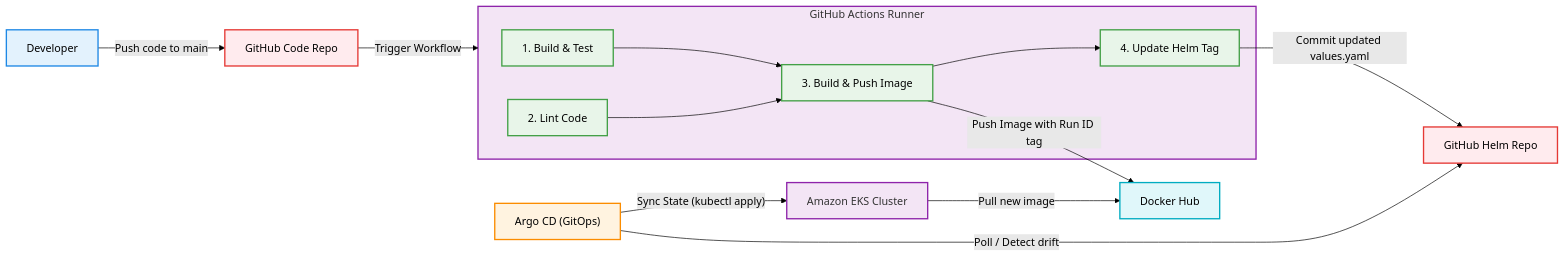
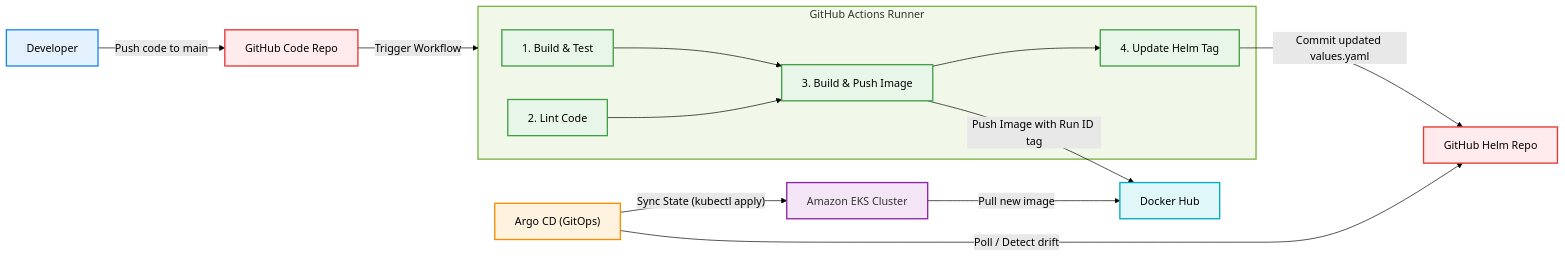
Before and after one commit to Sanket006/golang-eks-gitops-pipeline: the second of 3 diagrams in docs/architecture-diagrams.md, drawn with Mermaid (forest theme). The commit also changed other lines of this file, not shown here.

Commit message:
fix: resolve Mermaid styling error for subgraphs and enhance diagram layouts

````diff
--- a/docs/architecture-diagrams.md
+++ b/docs/architecture-diagrams.md
@@ -54,38 +57,40 @@
 ```mermaid
 graph LR
     %% Styling definitions
-    classDef actor fill:#e3f2fd,stroke:#1e88e5,stroke-width:2px;
-    classDef git fill:#ffebee,stroke:#e53935,stroke-width:2px;
-    classDef ci fill:#e8f5e9,stroke:#43a047,stroke-width:2px;
-    classDef registry fill:#e0f7fa,stroke:#00acc1,stroke-width:2px;
-    classDef cd fill:#fff3e0,stroke:#fb8c00,stroke-width:2px;
-    classDef cluster fill:#f3e5f5,stroke:#8e24aa,stroke-width:2px;
+    classDef actor fill:#e3f2fd,stroke:#1e88e5,stroke-width:2px
+    classDef git fill:#ffebee,stroke:#e53935,stroke-width:2px
+    classDef ci fill:#e8f5e9,stroke:#43a047,stroke-width:2px
+    classDef registry fill:#e0f7fa,stroke:#00acc1,stroke-width:2px
+    classDef cd fill:#fff3e0,stroke:#fb8c00,stroke-width:2px
+    classDef cluster fill:#f3e5f5,stroke:#8e24aa,stroke-width:2px
 
     Dev["Developer"]:::actor
     GitHub["GitHub Code Repo"]:::git
     
     subgraph GHA["GitHub Actions Runner"]
         CI_Build["1. Build & Test"]:::ci
         CI_Lint["2. Lint Code"]:::ci
         CI_Push["3. Build & Push Image"]:::ci
         CI_UpdateTag["4. Update Helm Tag"]:::ci
     end
 
     DockerHub["Docker Hub"]:::registry
     HelmConfig["GitHub Helm Repo"]:::git
     ArgoCD["Argo CD (GitOps)"]:::cd
     EKS["Amazon EKS Cluster"]:::cluster
 
+    style GHA fill:#f1f8e9,stroke:#7cb342,stroke-width:2px
+
     Dev -- "Push code to main" --> GitHub
     GitHub -- "Trigger Workflow" --> GHA
     
     CI_Build --> CI_Push
     CI_Lint --> CI_Push
     CI_Push -- "Push Image with Run ID tag" --> DockerHub
     CI_Push --> CI_UpdateTag
     CI_UpdateTag -- "Commit updated values.yaml" --> HelmConfig
     
     ArgoCD -- "Poll / Detect drift" --> HelmConfig
     ArgoCD -- "Sync State (kubectl apply)" --> EKS
     EKS -- "Pull new image" --> DockerHub
 ```
````
